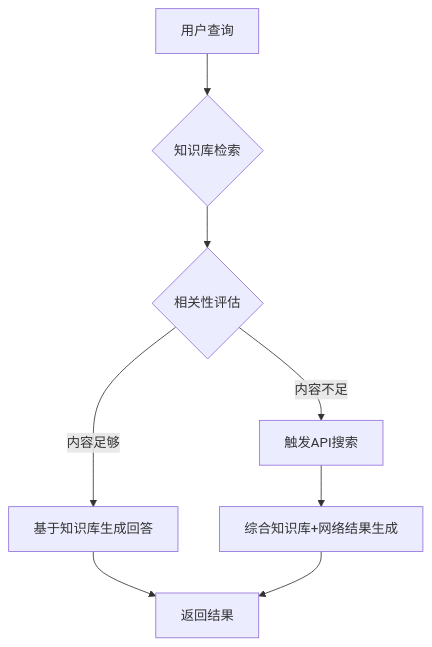
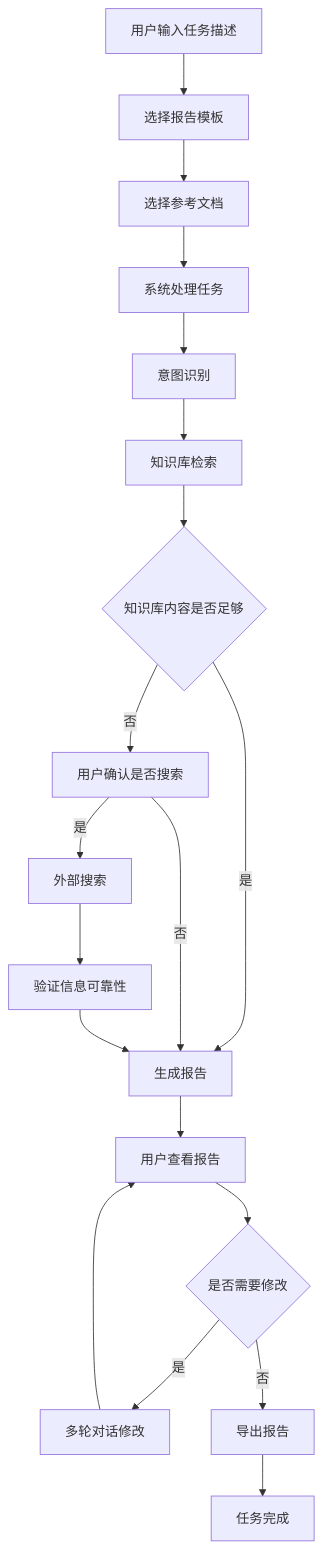
Before and after one commit to HYFLLLo/Personal-Work-Assistant: the first of 3 diagrams in PRD.md, drawn with Mermaid. The commit also changed other lines of this file and 7 other files, not shown here.

````diff
--- a/PRD.md
+++ b/PRD.md
@@ -92,10 +136,21 @@
 ```mermaid
 flowchart TD
-    A[用户查询] --> B{知识库检索}
-    B --> C{相关性评估}
-    C -->|内容足够| D[基于知识库生成回答]
-    C -->|内容不足| E[触发API搜索]
-    E --> F[综合知识库+网络结果生成]
-    D --> G[返回结果]
-    F --> G
+    A[用户输入任务描述] --> B[选择报告模板]
+    B --> C[选择参考文档]
+    C --> D[系统处理任务]
+    D --> E[意图识别]
+    E --> F[知识库检索]
+    F --> G{知识库内容是否足够}
+    G -->|是| H[生成报告]
+    G -->|否| I[用户确认是否搜索]
+    I -->|是| J[外部搜索]
+    I -->|否| H
+    J --> K[验证信息可靠性]
+    K --> H
+    H --> L[用户查看报告]
+    L --> M{是否需要修改}
+    M -->|是| N[多轮对话修改]
+    N --> L
+    M -->|否| O[导出报告]
+    O --> P[任务完成]
 ```
````
